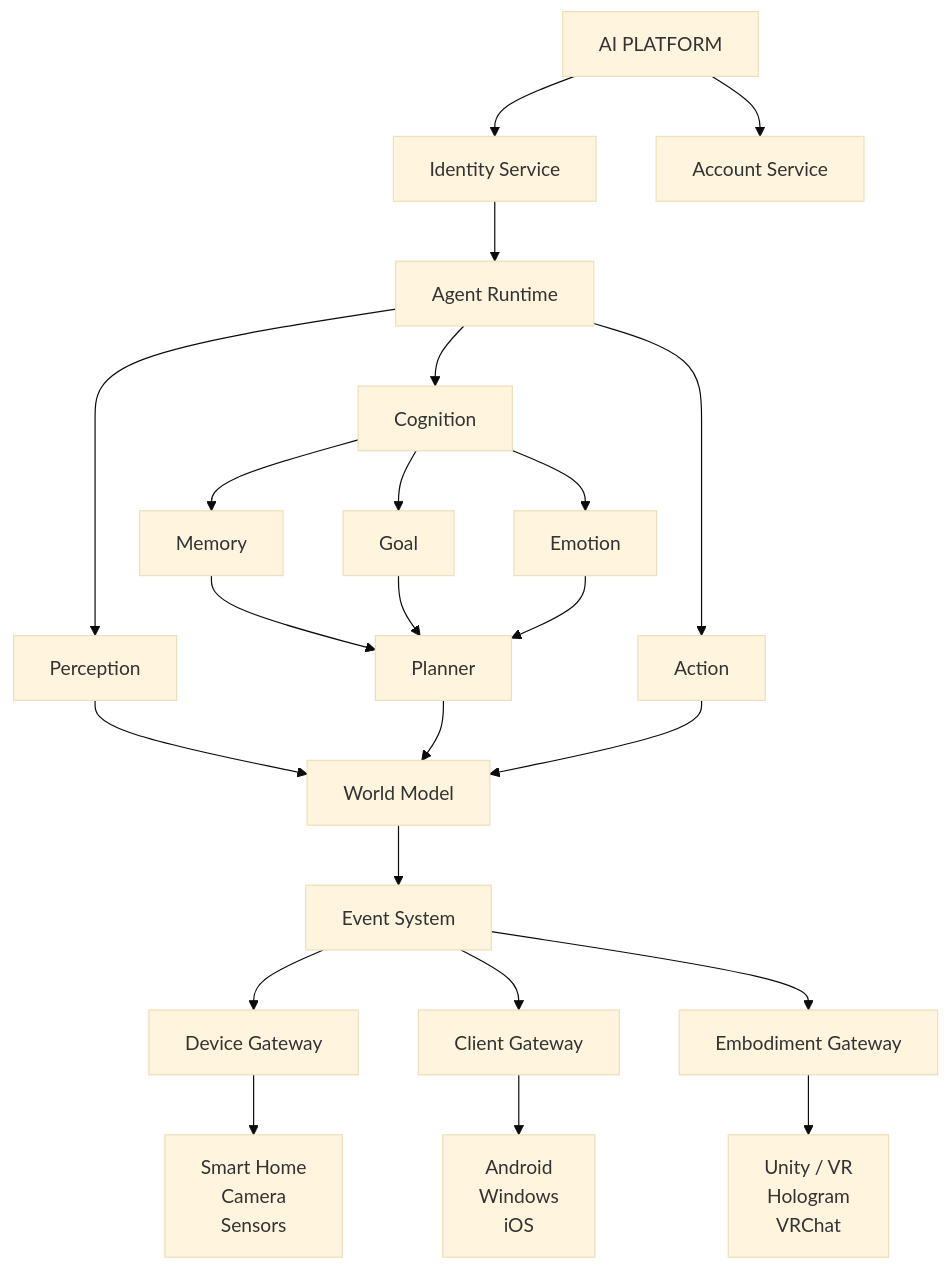
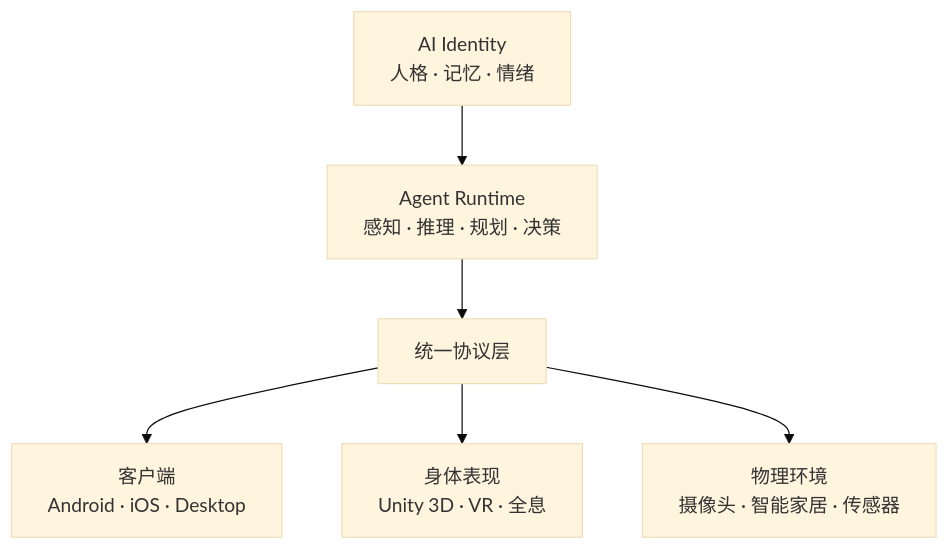
Before and after one commit to ayane-ai/ayane-docs: the eighth of 12 diagrams in product/产品愿景与总纲.md, drawn with Mermaid (base theme). The commit also changed other lines of this file and 7 other files, not shown here.

First line of the commit message:
refactor(architecture): 调整 AgentService 技术选型和整体架构设计

````diff
--- a/product/产品愿景与总纲.md
+++ b/product/产品愿景与总纲.md
@@ -555,25 +478,13 @@
 ```mermaid
 flowchart TD
-    platform["AI PLATFORM"] --> identityService["Identity Service"]
-    platform --> accountService["Account Service"]
-    identityService --> runtime["Agent Runtime"]
-    runtime --> perception["Perception"]
-    runtime --> cognition["Cognition"]
-    runtime --> action["Action"]
-    cognition --> memory["Memory"]
-    cognition --> goal["Goal"]
-    cognition --> emotion["Emotion"]
-    memory --> planner["Planner"]
-    goal --> planner
-    emotion --> planner
-    perception --> world["World Model"]
-    planner --> world
-    action --> world
-    world --> events["Event System"]
-    events --> deviceGateway["Device Gateway"]
-    events --> clientGateway["Client Gateway"]
-    events --> embodimentGateway["Embodiment Gateway"]
-    deviceGateway --> smartHome["Smart Home<br>Camera<br>Sensors"]
-    clientGateway --> clients["Android<br>Windows<br>iOS"]
-    embodimentGateway --> bodies["Unity / VR<br>Hologram<br>VRChat"]
+    identity["AI Identity<br>人格 · 记忆 · 情绪"]
+    runtime["Agent Runtime<br>感知 · 推理 · 规划 · 决策"]
+    protocol["统一协议层"]
+
+    identity --> runtime
+    runtime --> protocol
+
+    protocol --> client["客户端<br>Android · iOS · Desktop"]
+    protocol --> embodiment["身体表现<br>Unity 3D · VR · 全息"]
+    protocol --> physical["物理环境<br>摄像头 · 智能家居 · 传感器"]
 ```
````
